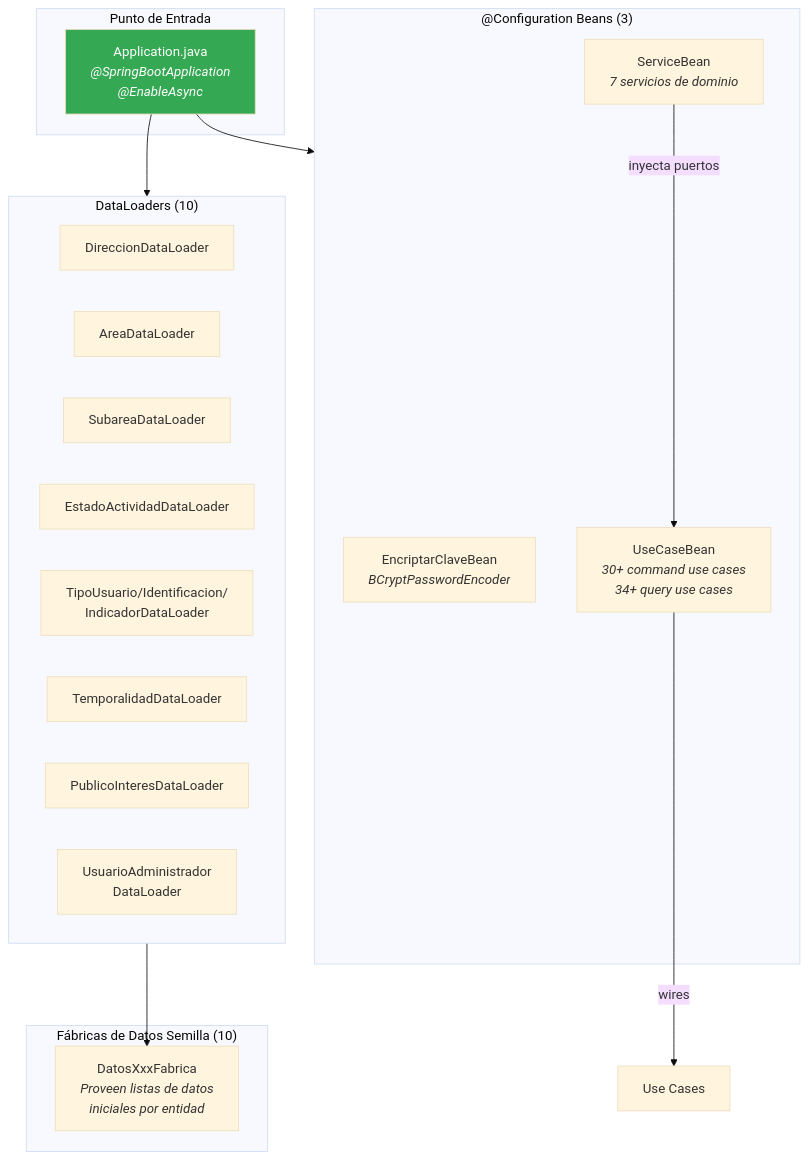
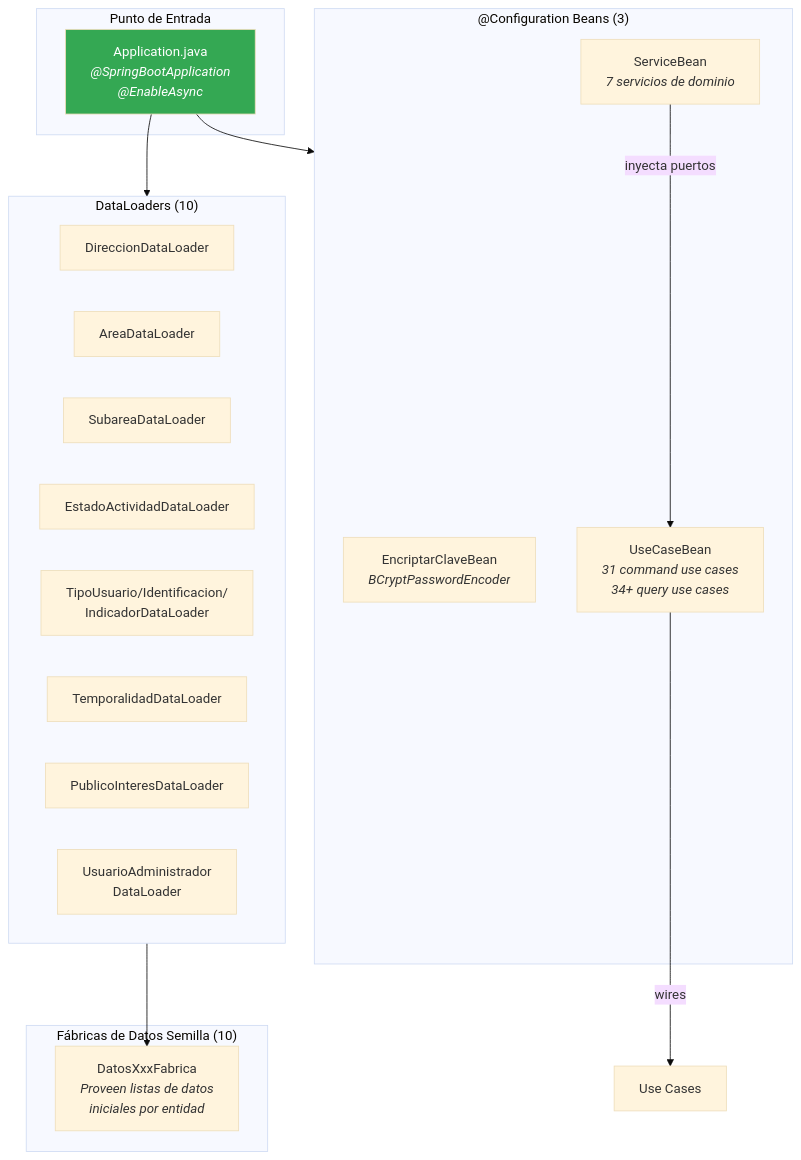
One commit to sibeuco/DocumentacionSibe changed diagram 11 of 19 in docs/artifacts/26.diagrama_de_componentes.md. Above: the diagram before and after it, drawn with Mermaid (base theme). The commit also changed other lines of this file and 5 other files, not shown here.

````diff
--- a/docs/artifacts/26.diagrama_de_componentes.md
+++ b/docs/artifacts/26.diagrama_de_componentes.md
@@ -610,35 +610,35 @@
 ```mermaid
 graph TB
     subgraph App["Punto de Entrada"]
         Main["Application.java<br/><i>@SpringBootApplication<br/>@EnableAsync</i>"]
     end
 
     subgraph Config["@Configuration Beans (3)"]
         EncBean["EncriptarClaveBean<br/><i>BCryptPasswordEncoder</i>"]
         SvcBean["ServiceBean<br/><i>7 servicios de dominio</i>"]
-        UCBean["UseCaseBean<br/><i>30+ command use cases<br/>34+ query use cases</i>"]
+        UCBean["UseCaseBean<br/><i>31 command use cases<br/>34+ query use cases</i>"]
     end
 
     subgraph DataLoaders["DataLoaders (10)"]
         DirDL["DireccionDataLoader"]
         AreaDL["AreaDataLoader"]
         SubDL["SubareaDataLoader"]
         EstadoDL["EstadoActividadDataLoader"]
         TipoDL["TipoUsuario/Identificacion/<br/>IndicadorDataLoader"]
         TempDL["TemporalidadDataLoader"]
         PubDL["PublicoInteresDataLoader"]
         AdminDL["UsuarioAdministrador<br/>DataLoader"]
     end
 
     subgraph Fabricas["Fábricas de Datos Semilla (10)"]
         DatosFab["DatosXxxFabrica<br/><i>Proveen listas de datos<br/>iniciales por entidad</i>"]
     end
 
     Main --> Config
     Main --> DataLoaders
     DataLoaders --> DatosFab
     SvcBean -->|"inyecta puertos"| UCBean
     UCBean -->|"wires"| UseCases["Use Cases"]
 
     style Main fill:#34a853,color:#fff
 ```
````
